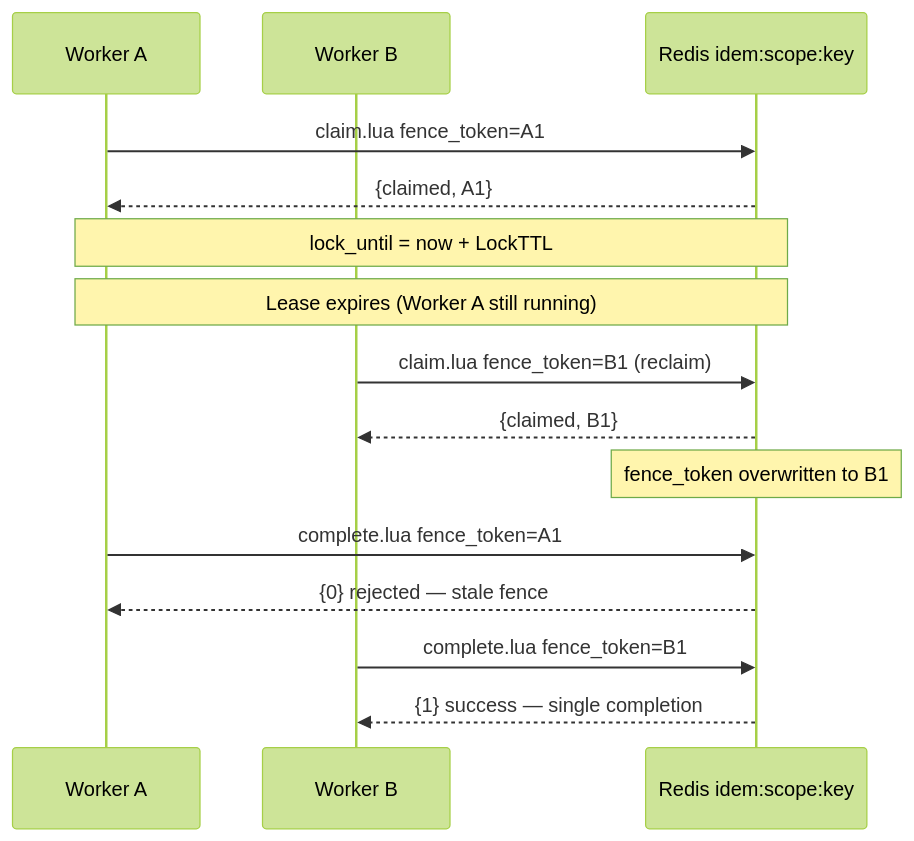
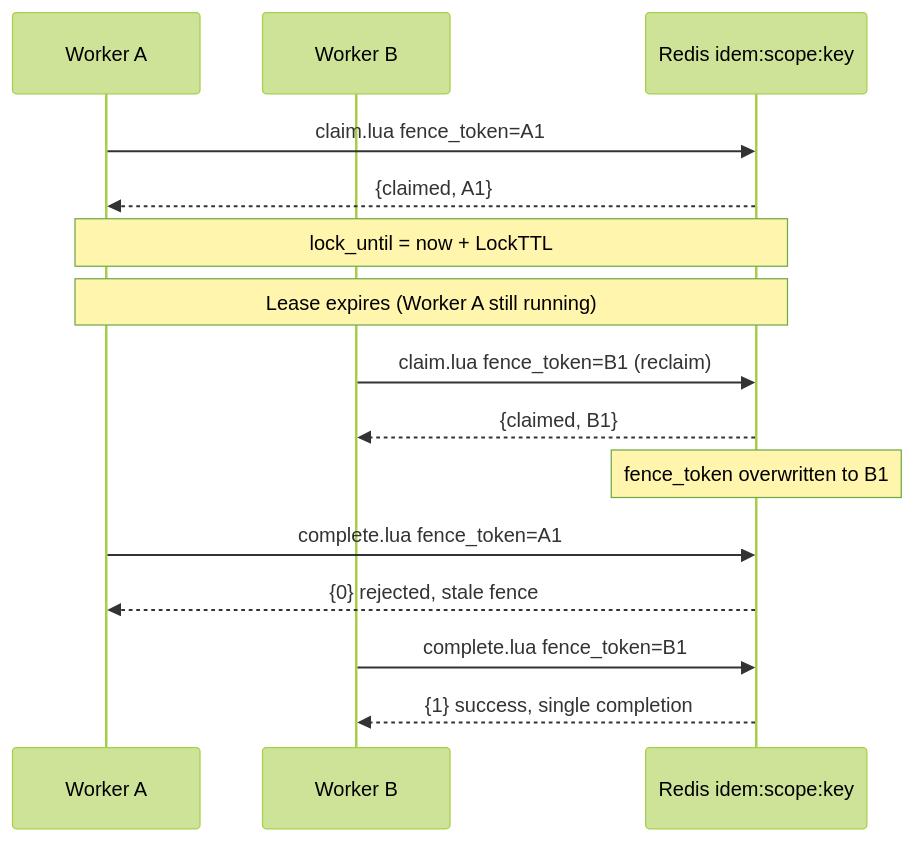
The diagram in docs/diagrams/fencing-flow.mmd (RUDRA-PRATAP-SINGH01/Distributed-rate-limiter), drawn with Mermaid (forest theme) before and after one commit. The commit also changed 54 other files, not shown here.

```diff
--- a/docs/diagrams/fencing-flow.mmd
+++ b/docs/diagrams/fencing-flow.mmd
@@ -1,20 +1,20 @@
 sequenceDiagram
     participant A as Worker A
     participant B as Worker B
     participant R as Redis idem:scope:key
 
     A->>R: claim.lua fence_token=A1
     R-->>A: {claimed, A1}
     Note over A,R: lock_until = now + LockTTL
 
     Note over A,R: Lease expires (Worker A still running)
 
     B->>R: claim.lua fence_token=B1 (reclaim)
     R-->>B: {claimed, B1}
     Note over R: fence_token overwritten to B1
 
     A->>R: complete.lua fence_token=A1
-    R-->>A: {0} rejected — stale fence
+    R-->>A: {0} rejected, stale fence
 
     B->>R: complete.lua fence_token=B1
-    R-->>B: {1} success — single completion
+    R-->>B: {1} success, single completion
```
